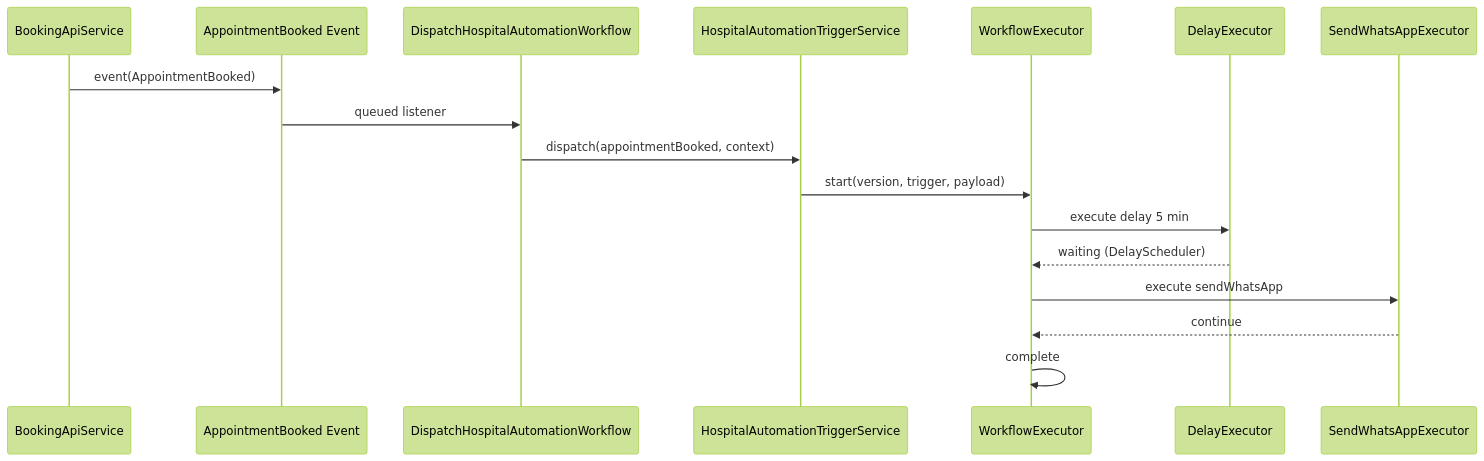
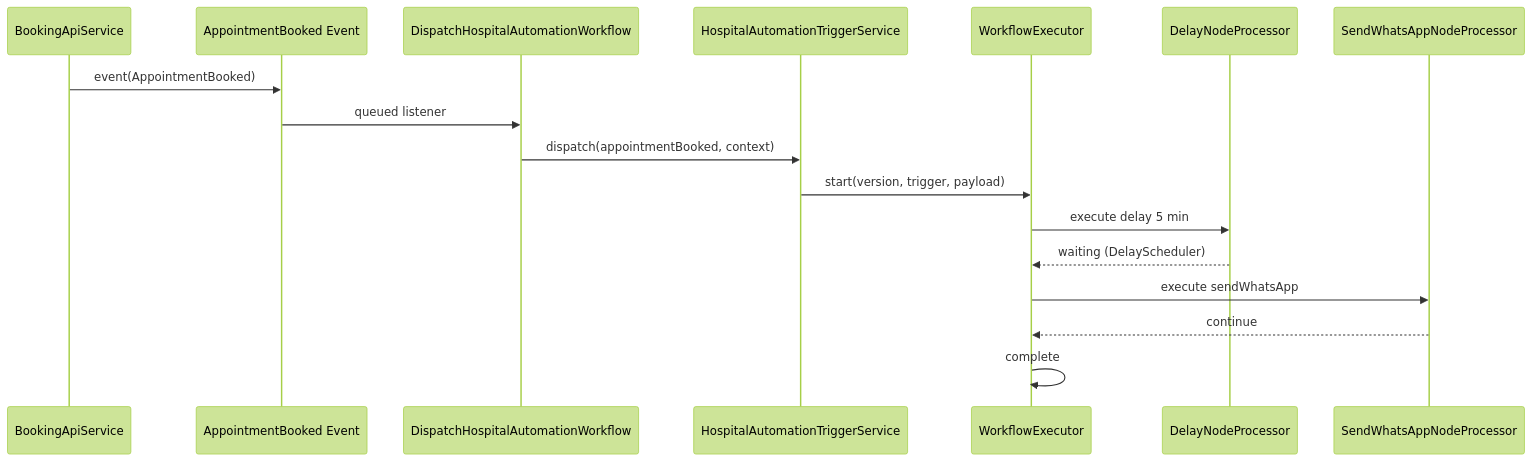
One commit to Gokul-HIP/HIP_backend changed the second of 2 diagrams in docs/workflow/HOSPITAL_AUTOMATION.md. Above: the diagram before and after it, drawn with Mermaid (forest theme). The commit also changed other lines of this file and 227 other files, not shown here.

Commit message:
automation engin event,trigger,node processor

````diff
--- a/docs/workflow/HOSPITAL_AUTOMATION.md
+++ b/docs/workflow/HOSPITAL_AUTOMATION.md
@@ -151,20 +151,20 @@
 ```mermaid
 sequenceDiagram
     participant API as BookingApiService
     participant EV as AppointmentBooked Event
     participant L as DispatchHospitalAutomationWorkflow
     participant TS as HospitalAutomationTriggerService
     participant WE as WorkflowExecutor
-    participant D as DelayExecutor
-    participant W as SendWhatsAppExecutor
+    participant D as DelayNodeProcessor
+    participant W as SendWhatsAppNodeProcessor
 
     API->>EV: event(AppointmentBooked)
     EV->>L: queued listener
     L->>TS: dispatch(appointmentBooked, context)
     TS->>WE: start(version, trigger, payload)
     WE->>D: execute delay 5 min
     D-->>WE: waiting (DelayScheduler)
     WE->>W: execute sendWhatsApp
     W-->>WE: continue
     WE->>WE: complete
 ```
````
